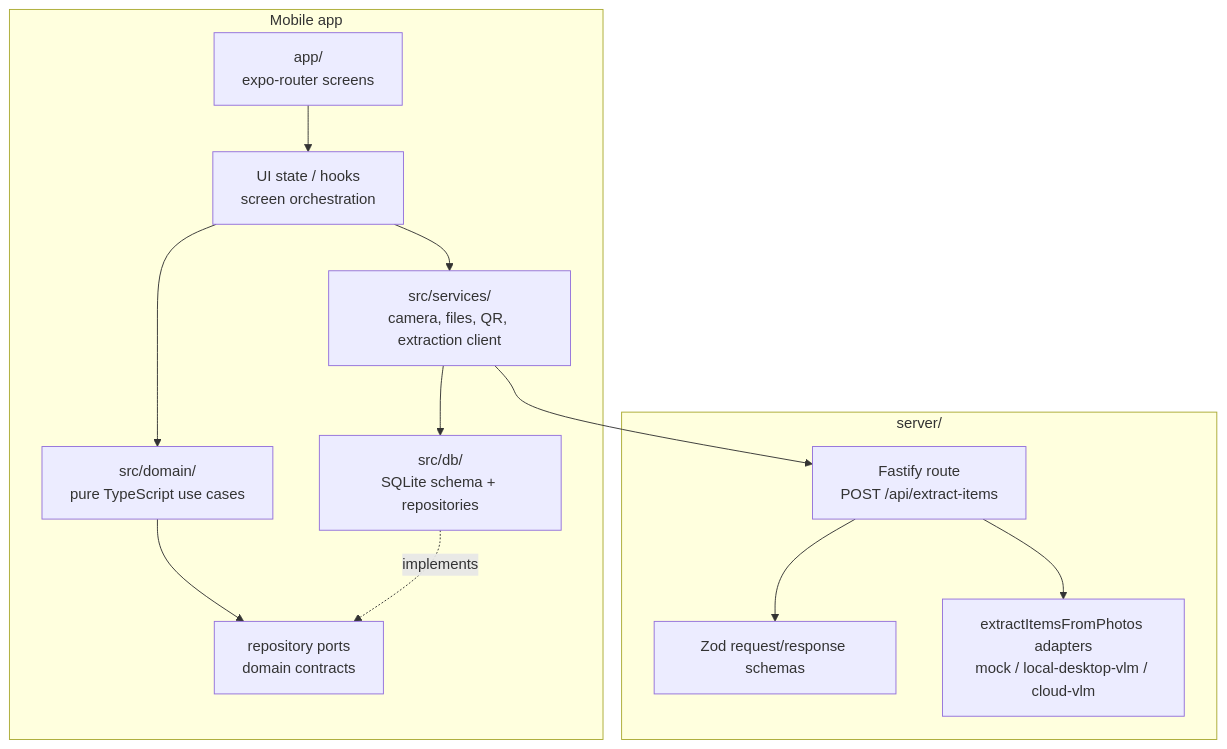
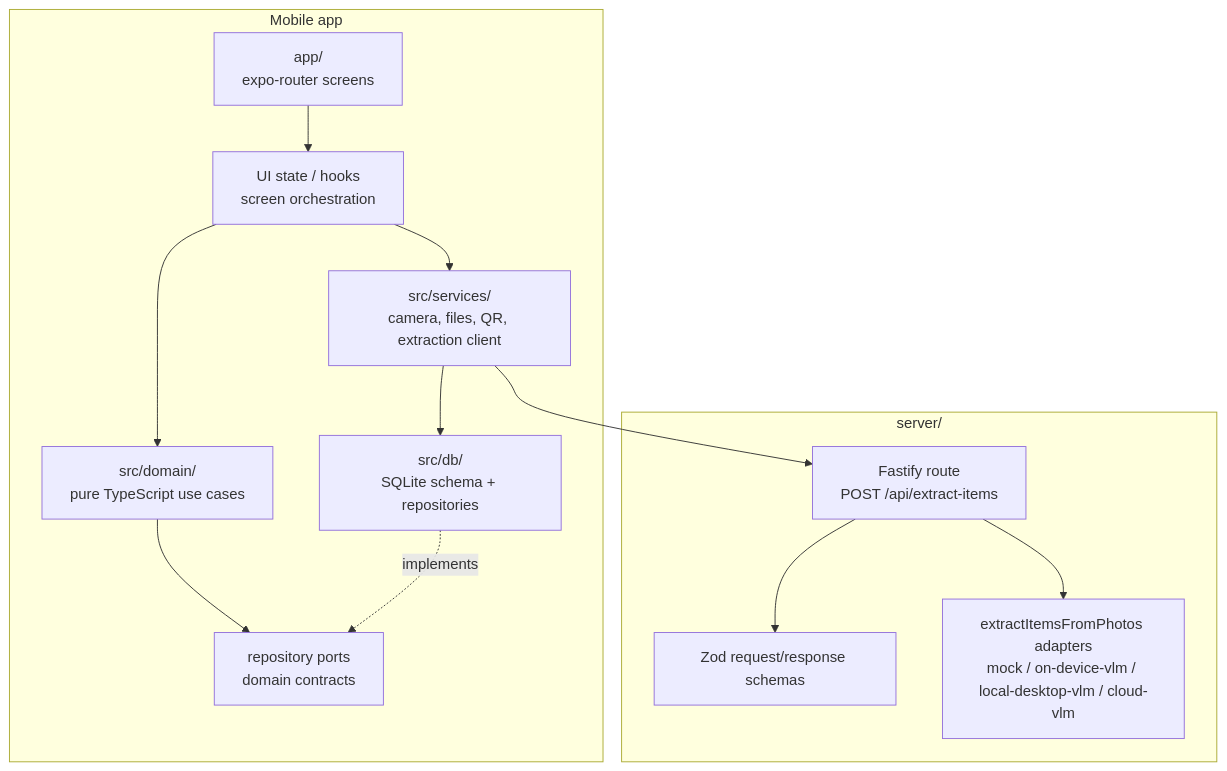
Before and after one commit to GenrihFrank/ai-box-catalog: the second of 8 diagrams in docs/architecture.md, drawn with Mermaid. The commit also changed other lines of this file and 9 other files, not shown here.

Commit message:
[*] Перенесен AI путь на on-device vlm

````diff
--- a/docs/architecture.md
+++ b/docs/architecture.md
@@ -70,27 +75,27 @@
 ```mermaid
 flowchart TB
   subgraph App["Mobile app"]
     Routes["app/<br/>expo-router screens"]
     Domain["src/domain/<br/>pure TypeScript use cases"]
     Ports["repository ports<br/>domain contracts"]
     Db["src/db/<br/>SQLite schema + repositories"]
     Services["src/services/<br/>camera, files, QR, extraction client"]
     State["UI state / hooks<br/>screen orchestration"]
   end
 
   subgraph Backend["server/"]
     Api["Fastify route<br/>POST /api/extract-items"]
     Schemas["Zod request/response schemas"]
-    Extractors["extractItemsFromPhotos adapters<br/>mock / local-desktop-vlm / cloud-vlm"]
+    Extractors["extractItemsFromPhotos adapters<br/>mock / on-device-vlm / local-desktop-vlm / cloud-vlm"]
   end
 
   Routes --> State
   State --> Domain
   State --> Services
   Domain --> Ports
   Db -. "implements" .-> Ports
   Services --> Db
   Services --> Api
   Api --> Schemas
   Api --> Extractors
 ```
````
